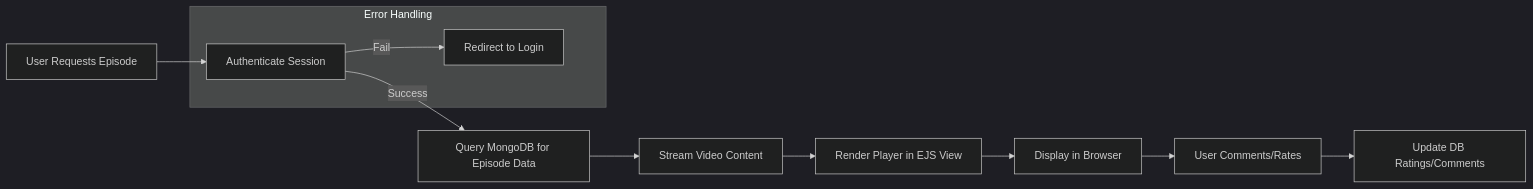
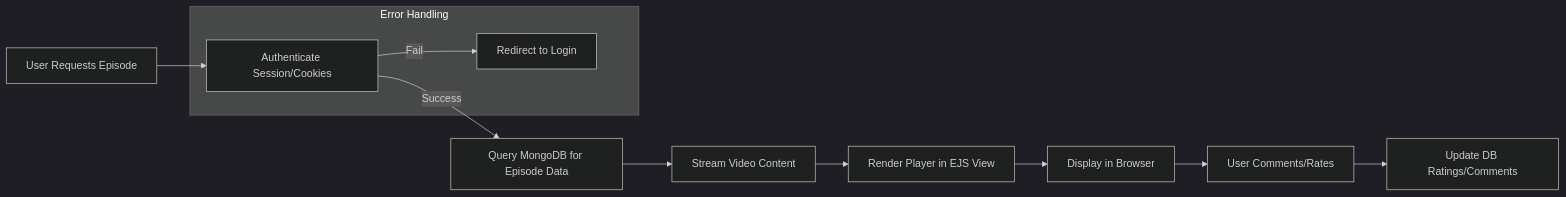
Before and after one commit to AnimePub/AniPub: the third of 6 diagrams in README.md, drawn with Mermaid (dark theme). The commit also changed other lines of this file, not shown here.

````diff
--- a/README.md
+++ b/README.md
@@ -132,13 +141,13 @@
 ```mermaid
 flowchart LR
-    Start["User Requests Episode"] --> Auth["Authenticate Session"]
+    Start["User Requests Episode"] --> Auth["Authenticate Session/Cookies"]
     Auth -->|Success| Fetch["Query MongoDB for Episode Data"]
     Fetch --> Stream["Stream Video Content"]
     Stream --> Render["Render Player in EJS View"]
     Render --> Display["Display in Browser"]
     subgraph "Error Handling"
         Auth -->|Fail| Redirect["Redirect to Login"]
     end
     Display --> Interact["User Comments/Rates"]
     Interact --> Update["Update DB Ratings/Comments"]
 ```
````
